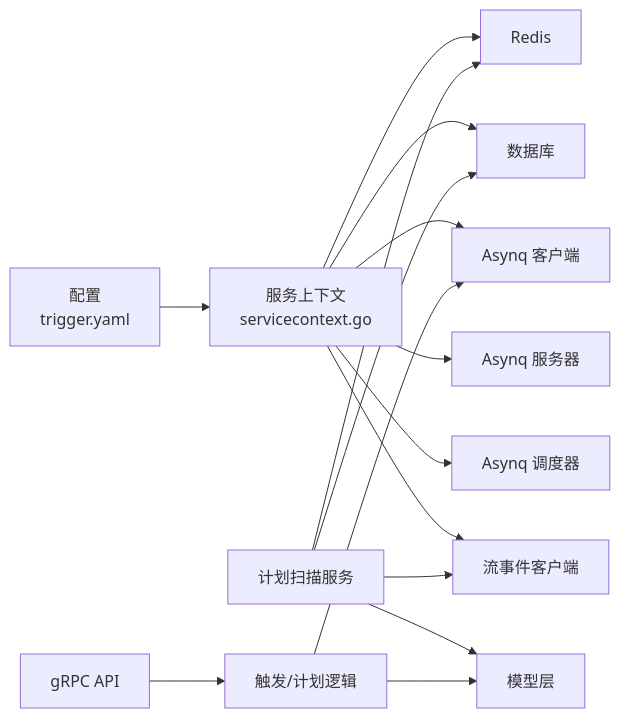
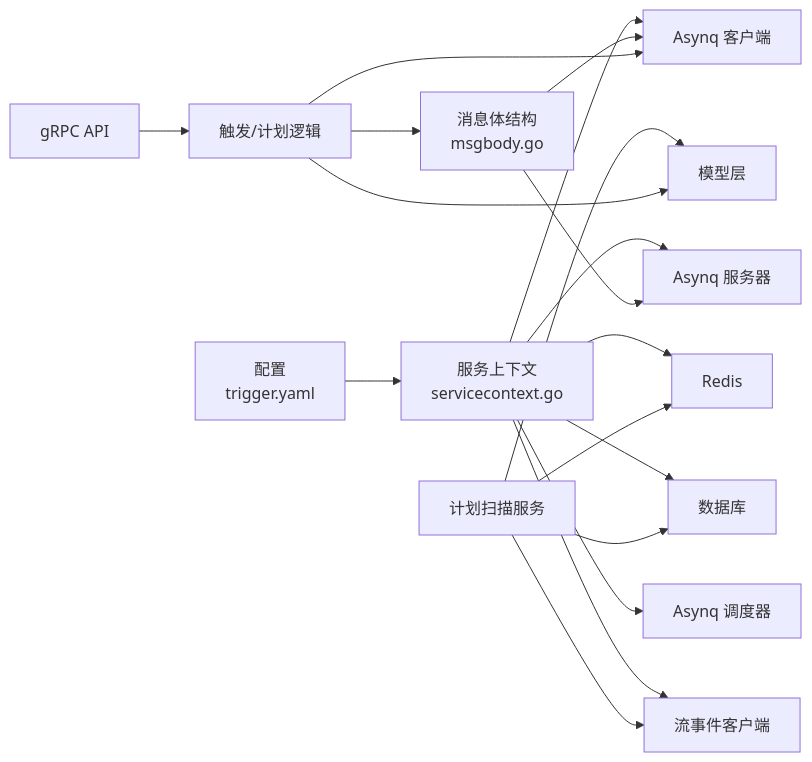
Before and after one commit to maomao94/zero-service: the seventh of 7 diagrams in .qoder/repowiki/zh/content/核心服务详解/触发器服务/触发器服务.md, drawn with Mermaid. The commit also changed other lines of this file and 19 other files, not shown here.

````diff
--- a/.qoder/repowiki/zh/content/核心服务详解/触发器服务/触发器服务.md
+++ b/.qoder/repowiki/zh/content/核心服务详解/触发器服务/触发器服务.md
@@ -286,17 +364,20 @@
 ```mermaid
 graph LR
 Cfg["配置<br/>trigger.yaml"] --> Ctx["服务上下文<br/>servicecontext.go"]
 Ctx --> Redis["Redis"]
 Ctx --> DB["数据库"]
 Ctx --> AsynqCli["Asynq 客户端"]
 Ctx --> AsynqSrv["Asynq 服务器"]
 Ctx --> AsynqSch["Asynq 调度器"]
 Ctx --> Stream["流事件客户端"]
+Msg["消息体结构<br/>msgbody.go"] --> AsynqCli
+Msg --> AsynqSrv
 Cron["计划扫描服务"] --> DB
 Cron --> Redis
 Cron --> Stream
 Cron --> Model["模型层"]
 API["gRPC API"] --> Logic["触发/计划逻辑"]
 Logic --> AsynqCli
 Logic --> Model
+Logic --> Msg
 ```
````
